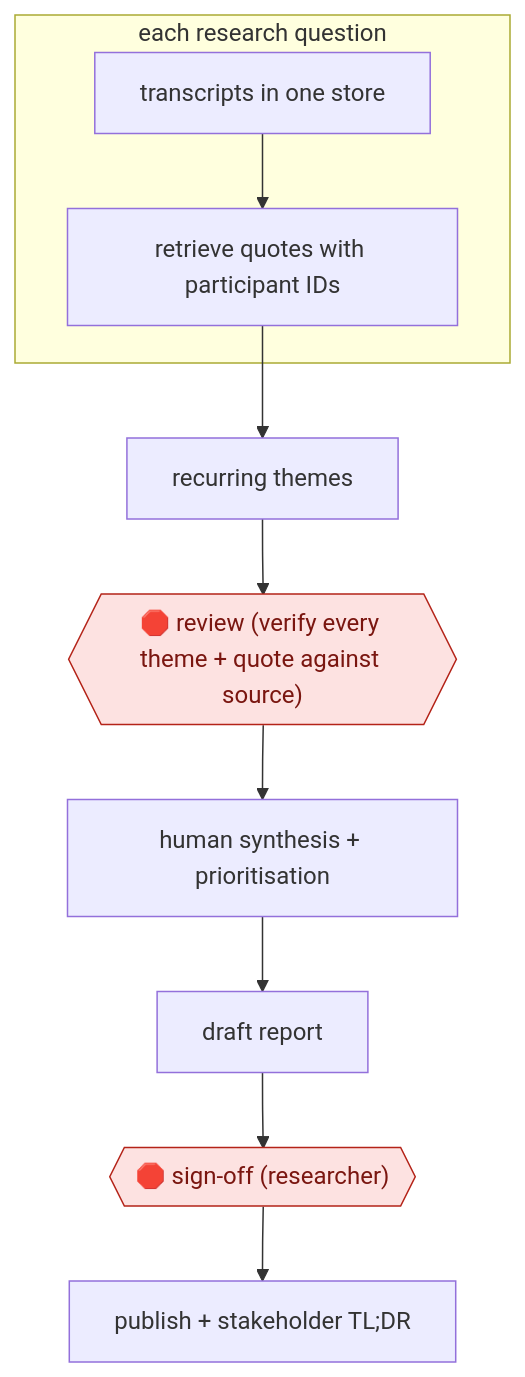
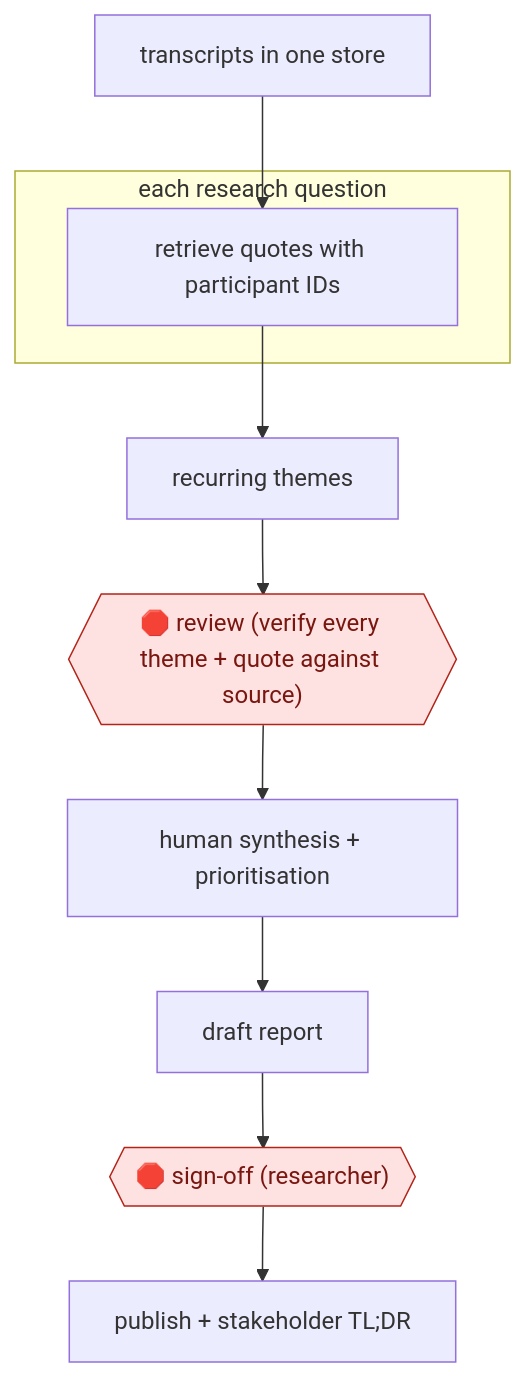
Before and after one commit to milesradford99/agent-workflow-atlas: the diagram in workflows/TEC/PRD/UXR/quote-verified-synthesis/README.md, drawn with Mermaid. The commit also changed other lines of this file and 171 other files, not shown here.

````diff
--- a/workflows/TEC/PRD/UXR/quote-verified-synthesis/README.md
+++ b/workflows/TEC/PRD/UXR/quote-verified-synthesis/README.md
@@ -31,21 +31,21 @@
 ```mermaid
 flowchart TD
   n1["transcripts in one store"]
   subgraph s2["each research question"]
   n3["retrieve quotes with participant IDs"]
-  n1 --> n3
   end
   n4["recurring themes"]
+  n5{{"🛑 review (verify every theme + quote against source)"}}:::stop
+  n6["human synthesis + prioritisation"]
+  n7["draft report"]
+  n8{{"🛑 sign-off (researcher)"}}:::stop
+  n9["publish + stakeholder TL;DR"]
+  n1 --> n3
   n3 --> n4
-  n5{{"🛑 review (verify every theme + quote against source)"}}:::stop
   n4 --> n5
-  n6["human synthesis + prioritisation"]
   n5 --> n6
-  n7["draft report"]
   n6 --> n7
-  n8{{"🛑 sign-off (researcher)"}}:::stop
   n7 --> n8
-  n9["publish + stakeholder TL;DR"]
   n8 --> n9
   classDef stop fill:#fde2e1,stroke:#b42318,color:#7a1610
 ```
````
